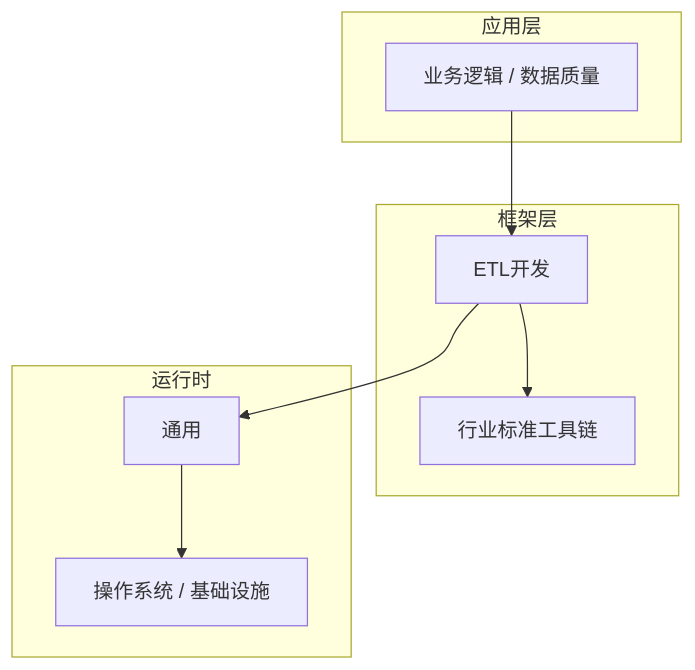
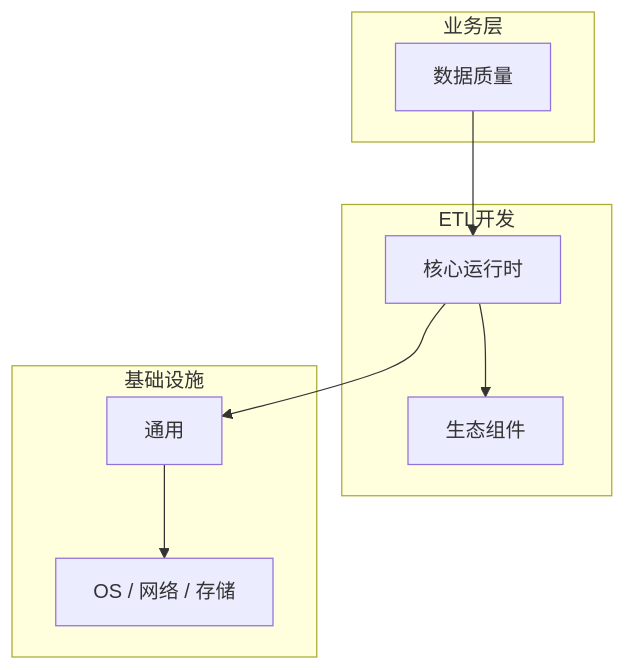
One commit to yanggan2015/knowledge-json-v2 changed the diagram in articles/ETL开发/chapters/026-数据质量核心概念与原理.md. Above: the diagram before and after it, drawn with Mermaid. The commit also changed other lines of this file and 10127 other files, not shown here.

````diff
--- a/articles/ETL开发/chapters/026-数据质量核心概念与原理.md
+++ b/articles/ETL开发/chapters/026-数据质量核心概念与原理.md
@@ -45,18 +34,18 @@
 ```mermaid
 graph TB
-    subgraph 应用层
-        A[业务逻辑 / 数据质量]
+    subgraph 业务层
+        A[数据质量]
     end
-    subgraph 框架层
-        B[ETL开发]
-        C[行业标准工具链]
+    subgraph ETL开发
+        B[核心运行时]
+        C[生态组件]
     end
-    subgraph 运行时
+    subgraph 基础设施
         D[通用]
-        E[操作系统 / 基础设施]
+        E[OS / 网络 / 存储]
     end
     A --> B
     B --> C
     B --> D
     D --> E
 ```
````
